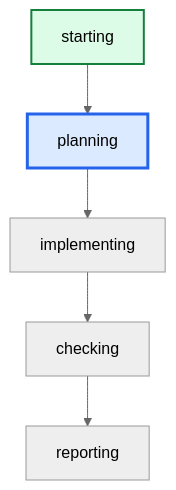
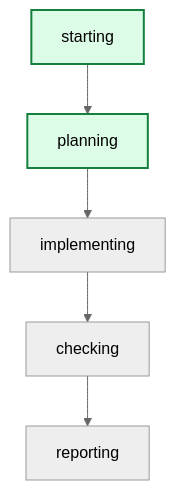
Before and after one commit to daniell0gda/hermes-feature-check-dashboard: the diagram in latest/graph.mmd, drawn with Mermaid (neutral theme). The commit also changed 13 other files, not shown here.

```diff
--- a/latest/graph.mmd
+++ b/latest/graph.mmd
@@ -1,11 +1,11 @@
 graph TD
     starting --> planning
     planning --> implementing
     implementing --> checking
     checking --> reporting
 
 classDef done fill:#dcfce7,stroke:#15803d,stroke-width:2px;
 classDef active fill:#dbeafe,stroke:#2563eb,stroke-width:3px;
 classDef failed fill:#fee2e2,stroke:#b42318,stroke-width:2px;
-class planning active;
+class planning done;
 class starting done;
```
